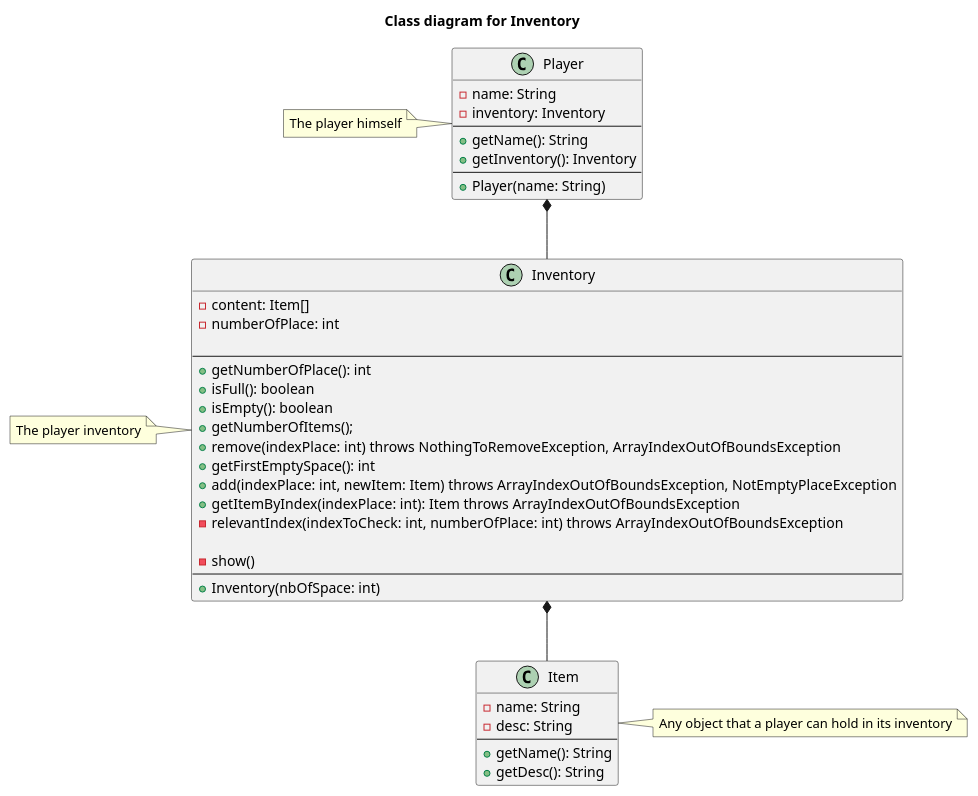
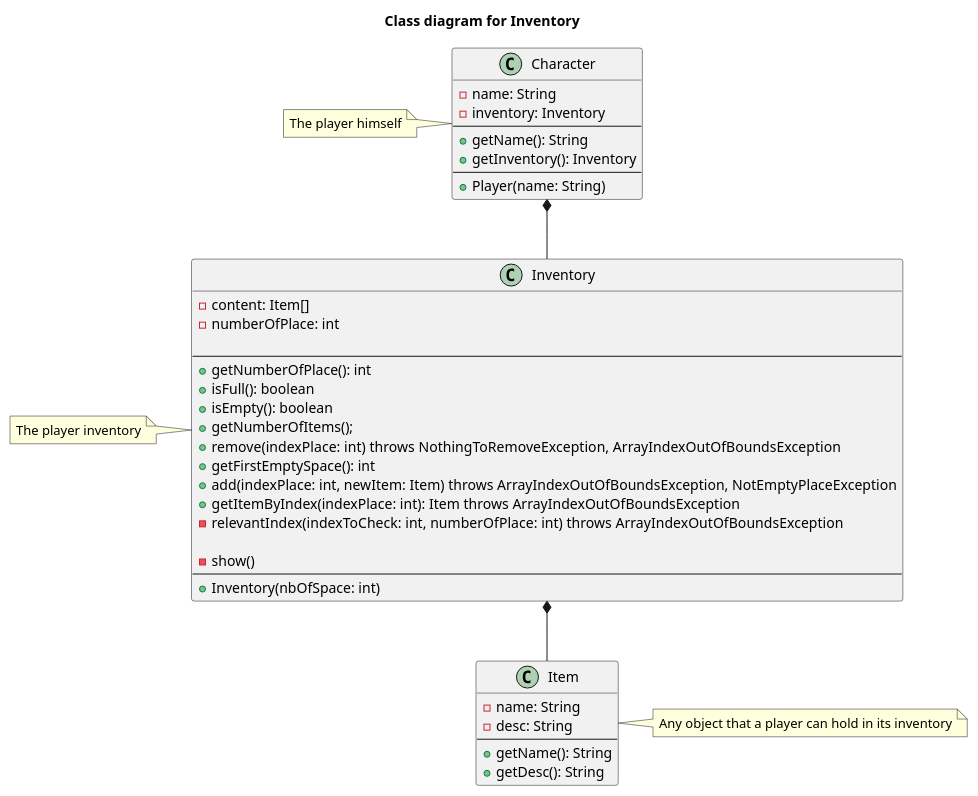
The diagram in uml/Inventory.puml (Yanis-Kouidri/pixel-adventurer), drawn with PlantUML before and after one commit.

Commit message:
change name of player

```diff
--- a/uml/Inventory.puml
+++ b/uml/Inventory.puml
@@ -1,54 +1,54 @@
 @startuml
 'https://plantuml.com/class-diagram
 
 title "Class diagram for Inventory"
 
-class Player {
+class Character {
 - name: String
 - inventory: Inventory
 ----
 + getName(): String
 + getInventory(): Inventory
 ----
 + Player(name: String)
 }
 note left : The player himself
 
 class Inventory {
 - content: Item[]
 - numberOfPlace: int
 
 ----
 + getNumberOfPlace(): int
 + isFull(): boolean
 + isEmpty(): boolean
 + getNumberOfItems();
 + remove(indexPlace: int) throws NothingToRemoveException, ArrayIndexOutOfBoundsException
 + getFirstEmptySpace(): int
 ' Get the index of the first free space of inventory
 + add(indexPlace: int, newItem: Item) throws ArrayIndexOutOfBoundsException, NotEmptyPlaceException
 + getItemByIndex(indexPlace: int): Item throws ArrayIndexOutOfBoundsException
 - relevantIndex(indexToCheck: int, numberOfPlace: int) throws ArrayIndexOutOfBoundsException
 
 - show()
 'Print the inventory on the console to debug
 ----
 + Inventory(nbOfSpace: int)
 }
 note left : The player inventory
 
 class Item {
 - name: String
 - desc: String
 ----
 + getName(): String
 + getDesc(): String
 }
 note right : Any object that a player can hold in its inventory
 
 
 Inventory *-- Item
-Player *-- Inventory
+Character *-- Inventory
 
 
 @enduml
```
